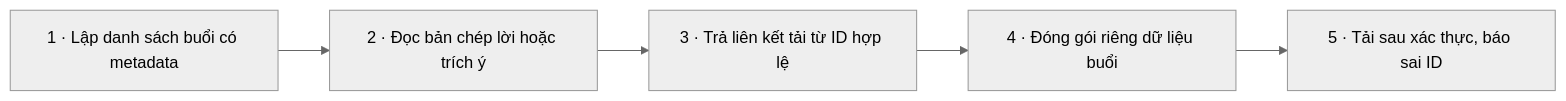
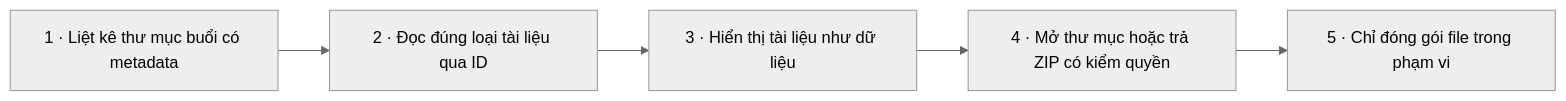
Diagram 18 of 22 in docs/WORKFLOW.md (Thequancute215-sys/cun-zoom), drawn with Mermaid (neutral theme) before and after one commit. The commit also changed other lines of this file and 33 other files, not shown here.

Commit message:
Add account OTP and one-time license flow with deployment handover

````diff
--- a/docs/WORKFLOW.md
+++ b/docs/WORKFLOW.md
@@ -384,12 +592,12 @@
 ```mermaid
 flowchart LR
-  s1["1 · Lập danh sách buổi có metadata"]
-  s2["2 · Đọc bản chép lời hoặc trích ý"]
+  s1["1 · Liệt kê thư mục buổi có metadata"]
+  s2["2 · Đọc đúng loại tài liệu qua ID"]
   s1 --> s2
-  s3["3 · Trả liên kết tải từ ID hợp lệ"]
+  s3["3 · Hiển thị tài liệu như dữ liệu"]
   s2 --> s3
-  s4["4 · Đóng gói riêng dữ liệu buổi"]
+  s4["4 · Mở thư mục hoặc trả ZIP có kiểm quyền"]
   s3 --> s4
-  s5["5 · Tải sau xác thực, báo sai ID"]
+  s5["5 · Chỉ đóng gói file trong phạm vi"]
   s4 --> s5
 ```
````
